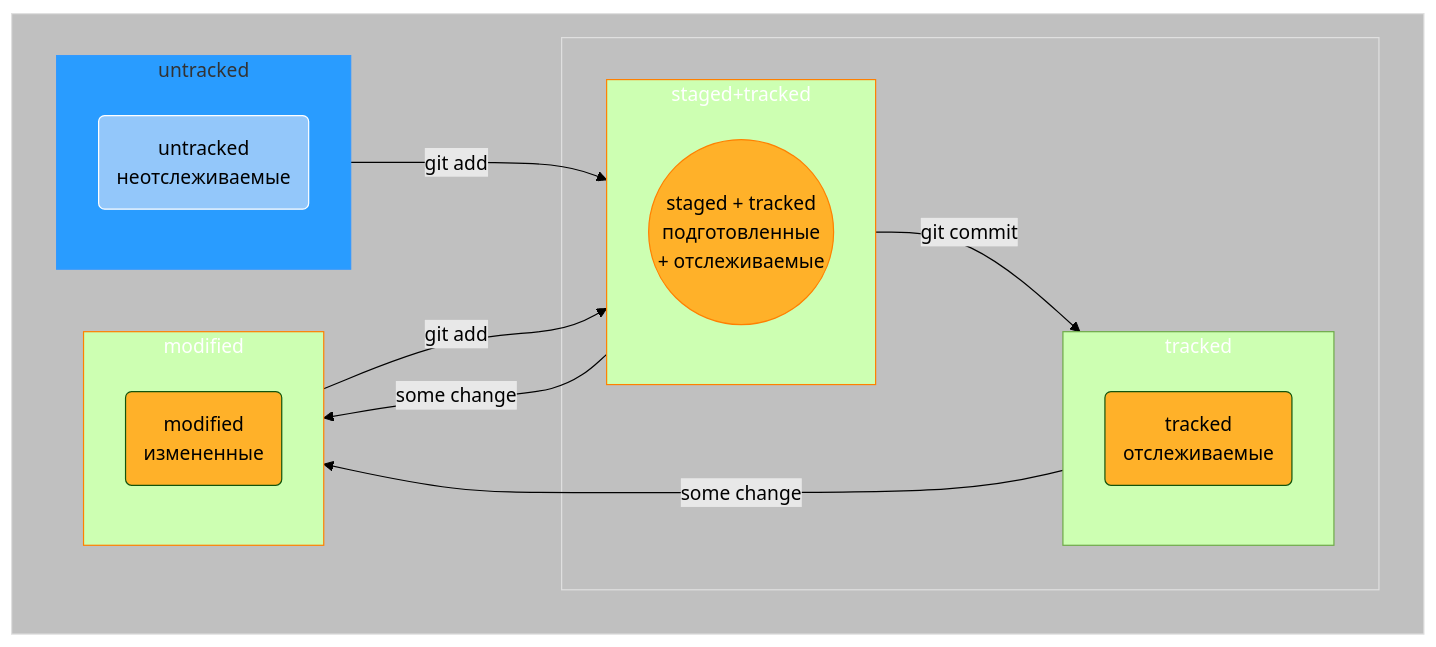
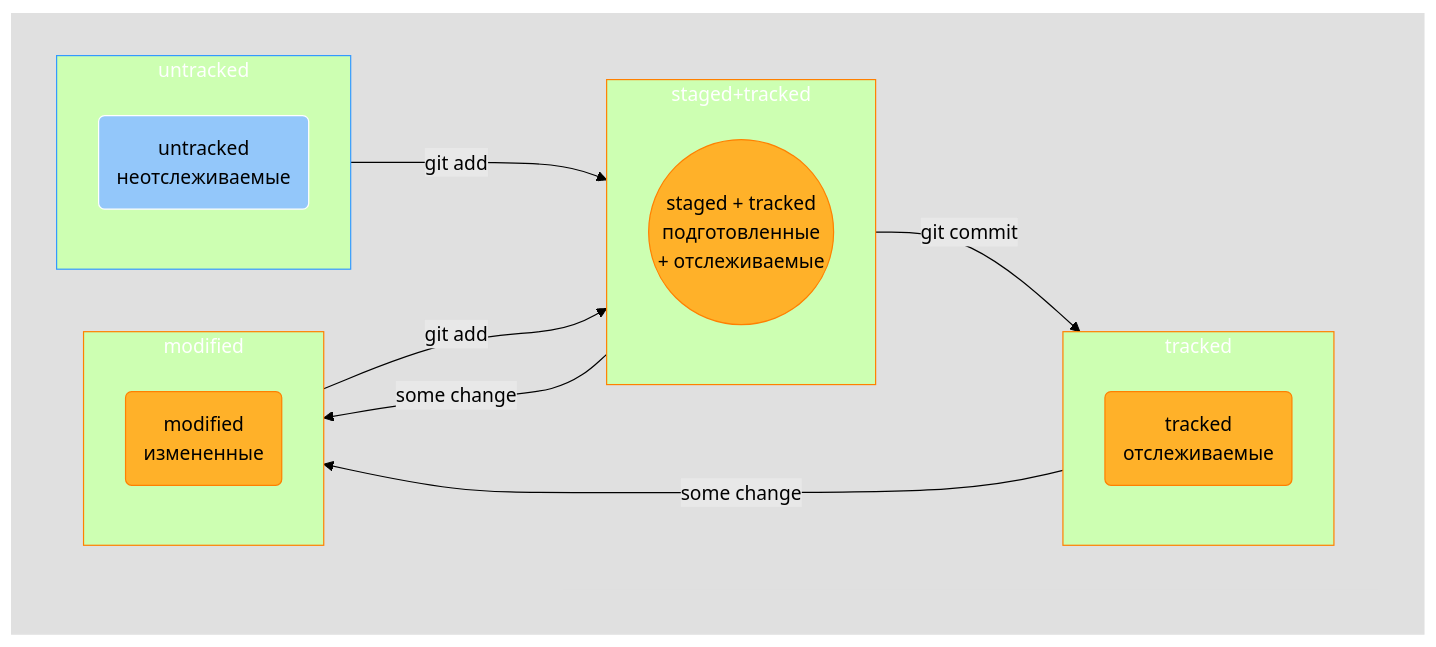
The diagram in README.md (AleksandrVakarin/GitInstructionMermaid), drawn with Mermaid (forest theme) before and after one commit. The commit also changed other lines of this file, not shown here.

Commit message:
Редактировать диаграмму, изменить цвет границ и текста для диаграммы mermaid

````diff
--- a/README.md
+++ b/README.md
@@ -93,57 +93,58 @@
 ```mermaid
 flowchart TD;
 	
 	stgd((staged + tracked<br>подготовленные<br> + отслеживаемые))
 	mdf(modified<br>измененные)
 	untr(untracked<br>неотслеживаемые)
 	trcd(tracked<br>отслеживаемые)
 
 
 	subgraph Git_State
 
 		subgraph untracked
 			untr
 		end
 
 		subgraph tracked_staged+tracked
 
 			subgraph tracked
 				trcd
 			end
 
 			subgraph staged+tracked
 				stgd
 			end
 
 		end
 
 		untracked-- git add -->staged+tracked
 		modified-- git add -->staged+tracked
 		staged+tracked-- some change -->modified
 		staged+tracked-- git commit -->tracked
 		tracked-- some change -->modified
 
 		subgraph modified
 			mdf
 		end
 
 	end
 
-	style Git_State fill: #C0C0C0, stroke: #E0E0E0
+	style Git_State fill: #E0E0E0, stroke: #E0E0E0
 	style stgd fill: #FFB129, stroke: #FF8000
-	style mdf fill: #FFB129
-	style trcd fill: #FFB129
+	style mdf fill: #FFB129, stroke: #FF8000
+	style trcd fill: #FFB129, stroke: #FF8000
 	style untr fill: #93C7FA, stroke: #FFFFFF
-	style untracked fill: #299CFF, stroke: #3399FF
-	style tracked stroke: #FF8000, color: #FFFFFF
-	style tracked_staged+tracked stroke: #E0E0E0, fill: #C0C0C0
-	style staged+tracked stroke: #FF8000, color: #FFFFFF
-	style modified stroke: #FF8000, color: #FFFFFF
+	style untracked stroke: #3399FF
+	style tracked stroke: #FF8000
+	style tracked_staged+tracked stroke: #E0E0E0, fill: #E0E0E0
+	style staged+tracked stroke: #FF8000
+	style modified stroke: #FF8000
 
-	style Git_State color: #C0C0C0
-	style tracked_staged+tracked color: #C0C0C0
-	style tracked stroke: color: #FFFFFF
+	style Git_State color: #E0E0E0
+	style untracked color: #FFFFFF
+	style tracked_staged+tracked color: #E0E0E0
+	style tracked color: #FFFFFF
 	style modified color: #FFFFFF
 	style staged+tracked color: #FFFFFF
 
 ```
````
